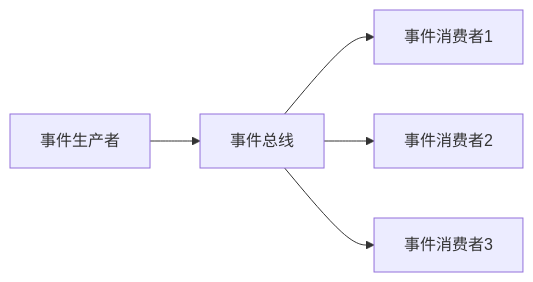
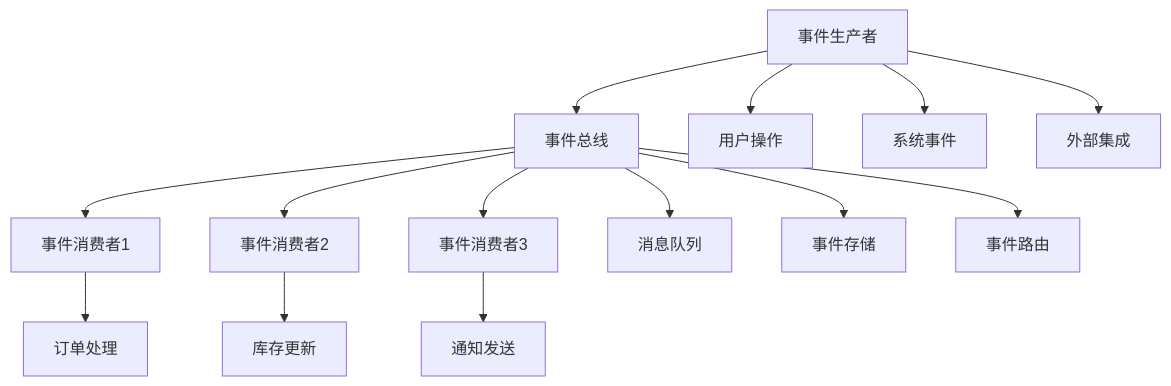
The ninth of 12 diagrams in Analysis/4-软件架构与工程/4.1-基础理论/4.1.1-软件架构基础理论.md (AdaMartin18010/Data-Science), drawn with Mermaid before and after one commit. The commit also changed other lines of this file and 16 other files, not shown here.

````diff
--- a/Analysis/4-软件架构与工程/4.1-基础理论/4.1.1-软件架构基础理论.md
+++ b/Analysis/4-软件架构与工程/4.1-基础理论/4.1.1-软件架构基础理论.md
@@ -223,7 +347,19 @@
 ```mermaid
-graph LR
+graph TD
     A[事件生产者] --> B[事件总线]
     B --> C[事件消费者1]
     B --> D[事件消费者2]
     B --> E[事件消费者3]
+    
+    A --> F[用户操作]
+    A --> G[系统事件]
+    A --> H[外部集成]
+    
+    B --> I[消息队列]
+    B --> J[事件存储]
+    B --> K[事件路由]
+    
+    C --> L[订单处理]
+    D --> M[库存更新]
+    E --> N[通知发送]
 ```
````
